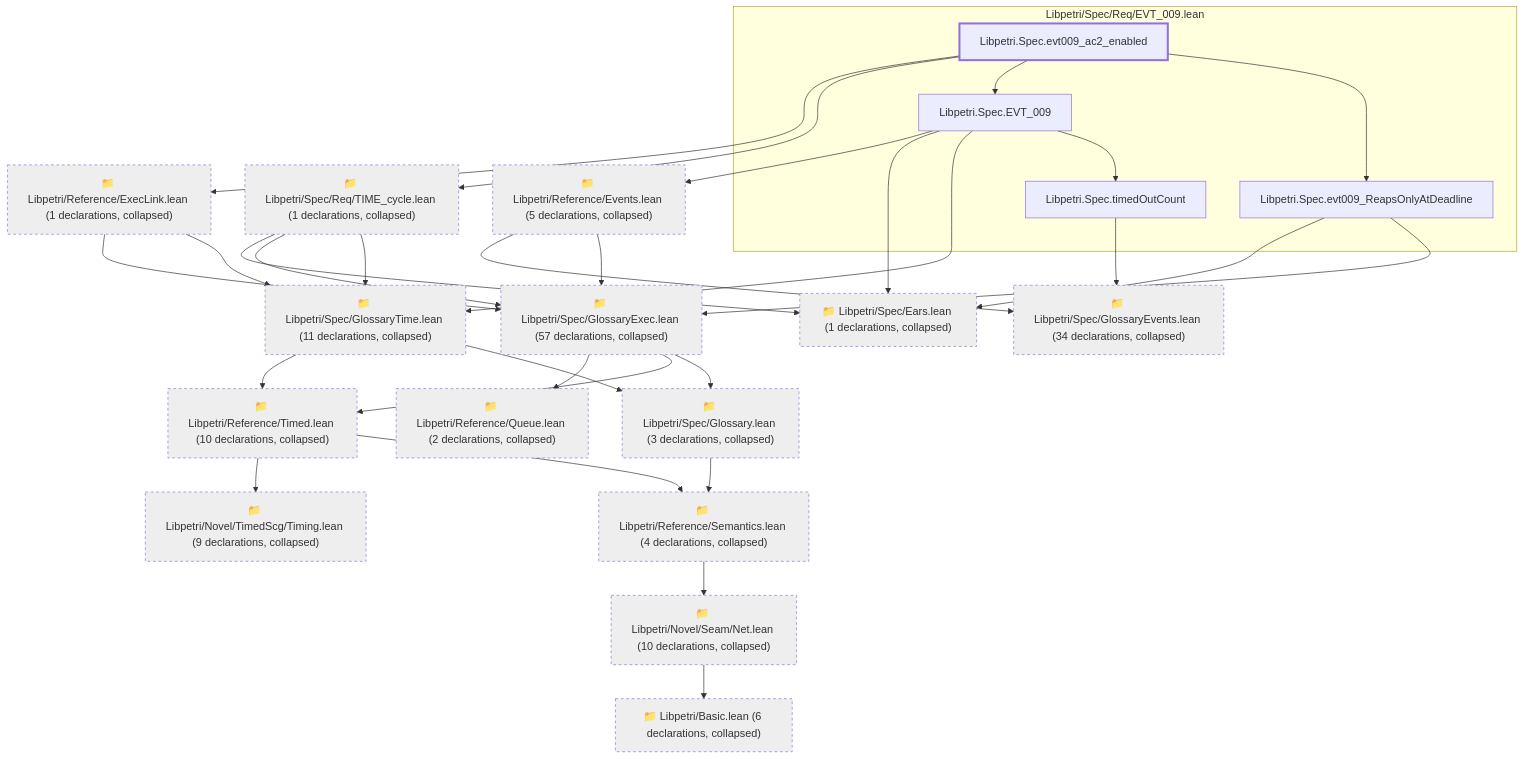
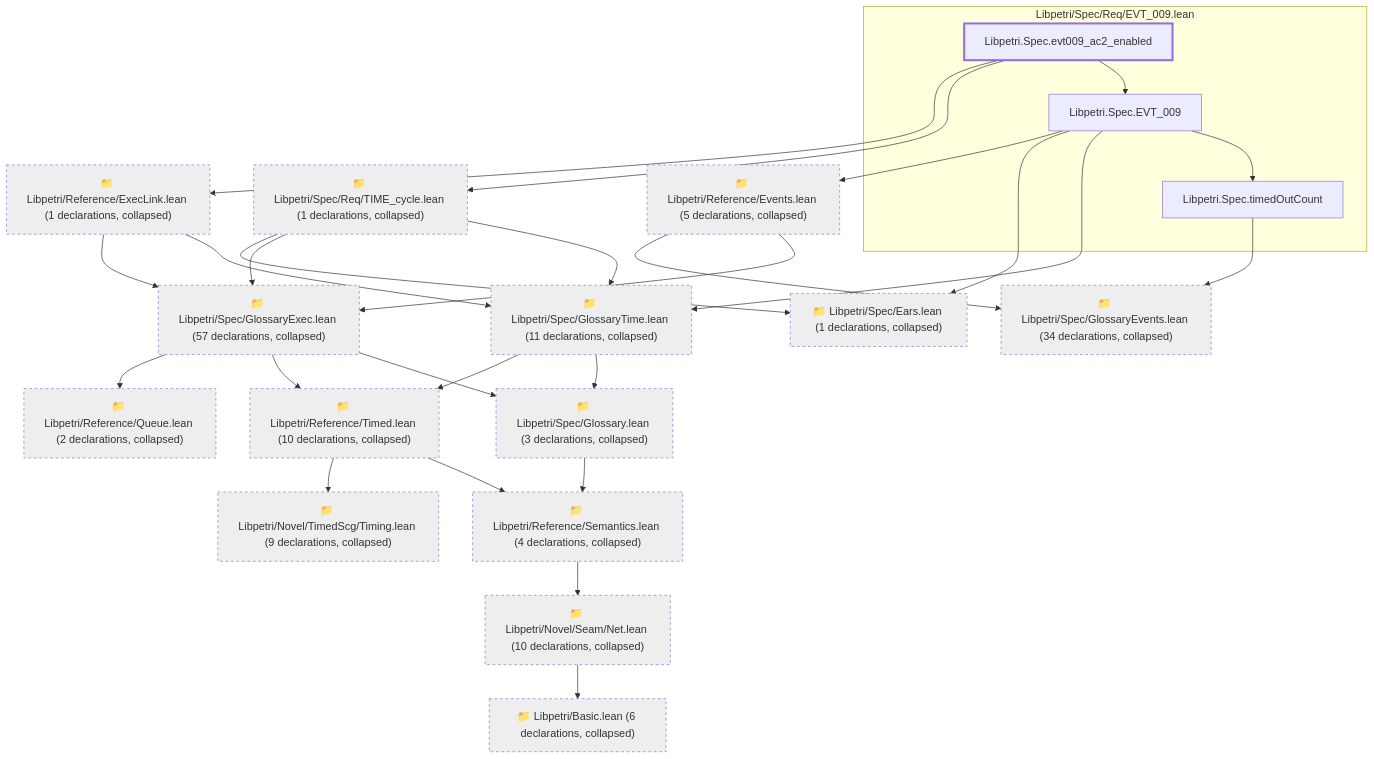
Before and after one commit to debe/libpetri: the fourth of 5 diagrams in lean/graph/requirements/EVT-009.md, drawn with Mermaid. The commit also changed other lines of this file and 393 other files, not shown here.

````diff
--- a/lean/graph/requirements/EVT-009.md
+++ b/lean/graph/requirements/EVT-009.md
@@ -188,56 +197,52 @@
 ```mermaid
 flowchart TD
   subgraph g0["Libpetri/Spec/Req/EVT_009.lean"]
-    n6370["Libpetri.Spec.EVT_009"]
-    n14988["Libpetri.Spec.evt009_ReapsOnlyAtDeadline"]
-    n14992["Libpetri.Spec.evt009_ac2_enabled"]
-    n20804["Libpetri.Spec.timedOutCount"]
+    n6405["Libpetri.Spec.EVT_009"]
+    n15215["Libpetri.Spec.evt009_ac2_enabled"]
+    n21193["Libpetri.Spec.timedOutCount"]
   end
   c0["📁 Libpetri/Basic.lean (6 declarations, collapsed)"]
   c54["📁 Libpetri/Novel/Seam/Net.lean (10 declarations, collapsed)"]
   c66["📁 Libpetri/Novel/TimedScg/Timing.lean (9 declarations, collapsed)"]
   c78["📁 Libpetri/Reference/Events.lean (5 declarations, collapsed)"]
   c81["📁 Libpetri/Reference/ExecLink.lean (1 declarations, collapsed)"]
   c91["📁 Libpetri/Reference/Queue.lean (2 declarations, collapsed)"]
   c94["📁 Libpetri/Reference/Semantics.lean (4 declarations, collapsed)"]
   c98["📁 Libpetri/Reference/Timed.lean (10 declarations, collapsed)"]
   c131["📁 Libpetri/Spec/Ears.lean (1 declarations, collapsed)"]
   c132["📁 Libpetri/Spec/Glossary.lean (3 declarations, collapsed)"]
   c138["📁 Libpetri/Spec/GlossaryEvents.lean (34 declarations, collapsed)"]
   c139["📁 Libpetri/Spec/GlossaryExec.lean (57 declarations, collapsed)"]
   c146["📁 Libpetri/Spec/GlossaryTime.lean (11 declarations, collapsed)"]
   c338["📁 Libpetri/Spec/Req/TIME_cycle.lean (1 declarations, collapsed)"]
   c54 --> c0
   c78 --> c138
   c78 --> c139
   c81 --> c139
   c81 --> c146
   c94 --> c54
   c98 --> c66
   c98 --> c94
   c132 --> c94
   c139 --> c91
   c139 --> c98
   c139 --> c132
   c146 --> c98
   c146 --> c132
   c338 --> c131
   c338 --> c139
   c338 --> c146
-  n6370 --> c78
-  n6370 --> c131
-  n6370 --> c146
-  n6370 --> n20804
-  n14988 --> c131
-  n14988 --> c139
-  n14992 --> c81
-  n14992 --> c338
-  n14992 --> n6370
-  n14992 --> n14988
-  n20804 --> c138
+  n6405 --> c78
+  n6405 --> c131
+  n6405 --> c146
+  n6405 --> n21193
+  n15215 --> c81
+  n15215 --> c338
+  n15215 --> n6405
+  n21193 --> c138
   classDef root stroke-width:3px
   classDef locked fill:#fff3cd,stroke:#b8860b
   classDef collapsed fill:#eeeeee,stroke-dasharray:4 4
-  class n14992 root
+  class n15215 root
   class c0,c54,c66,c78,c81,c91,c94,c98,c131,c132,c138,c139,c146,c338 collapsed
 ```
````
